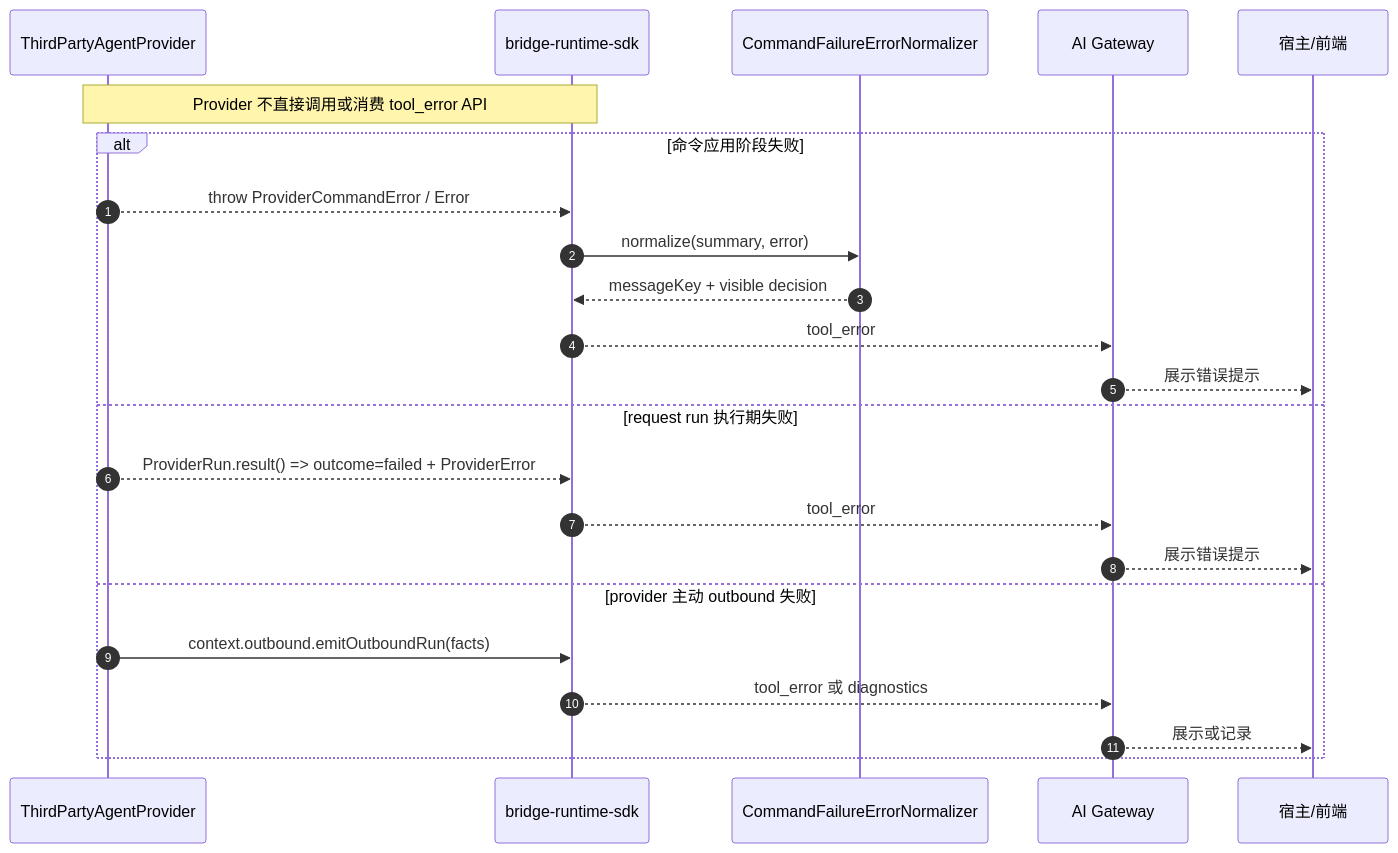
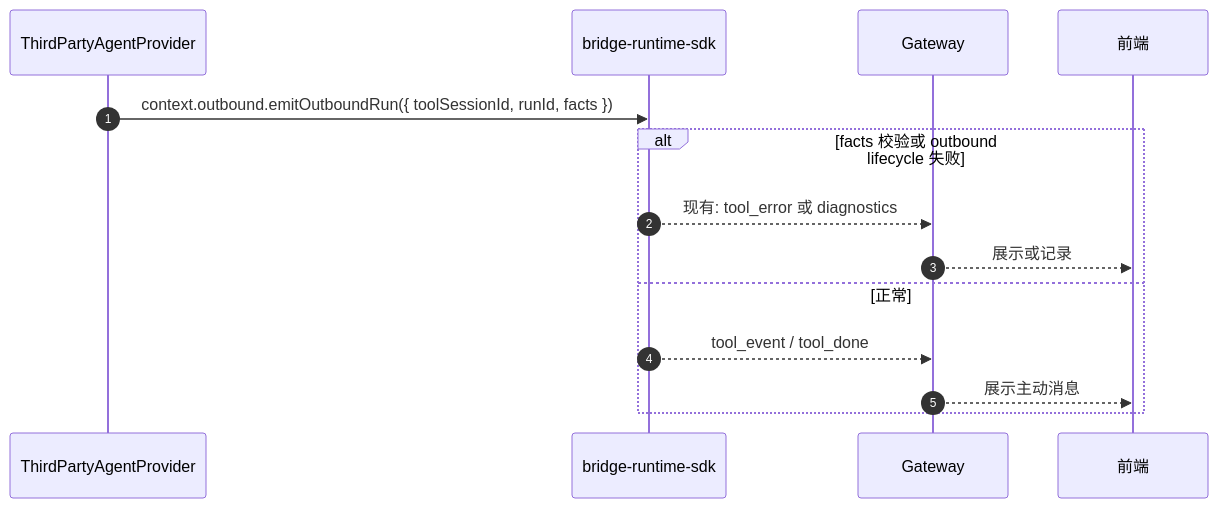
The fifth of 5 diagrams in docs/design/bridge-runtime-sdk-tool-error-exception-solution.md (yuzhangCZ/agent-plugin), drawn with Mermaid before and after one commit. The commit also changed other lines of this file, not shown here.

Commit message:
docs: refine provider api error handling plan

````diff
--- a/docs/design/bridge-runtime-sdk-tool-error-exception-solution.md
+++ b/docs/design/bridge-runtime-sdk-tool-error-exception-solution.md
@@ -135,26 +195,17 @@
 ```mermaid
 sequenceDiagram
     autonumber
-    participant Provider as ThirdPartyAgentProvider
+    participant P as ThirdPartyAgentProvider
     participant SDK as bridge-runtime-sdk
-    participant Normalizer as CommandFailureErrorNormalizer
-    participant Gateway as AI Gateway
-    participant Host as 宿主/前端
+    participant GW as Gateway
+    participant FE as 前端
 
-    Note over Provider,SDK: Provider 不直接调用或消费 tool_error API
-    alt 命令应用阶段失败
-        Provider-->>SDK: throw ProviderCommandError / Error
-        SDK->>Normalizer: normalize(summary, error)
-        Normalizer-->>SDK: messageKey + visible decision
-        SDK-->>Gateway: tool_error
-        Gateway-->>Host: 展示错误提示
-    else request run 执行期失败
-        Provider-->>SDK: ProviderRun.result() => outcome=failed + ProviderError
-        SDK-->>Gateway: tool_error
-        Gateway-->>Host: 展示错误提示
-    else provider 主动 outbound 失败
-        Provider->>SDK: context.outbound.emitOutboundRun(facts)
-        SDK-->>Gateway: tool_error 或 diagnostics
-        Gateway-->>Host: 展示或记录
+    P->>SDK: context.outbound.emitOutboundRun({ toolSessionId, runId, facts })
+    alt facts 校验或 outbound lifecycle 失败
+        SDK-->>GW: 现有: tool_error 或 diagnostics
+        GW-->>FE: 展示或记录
+    else 正常
+        SDK-->>GW: tool_event / tool_done
+        GW-->>FE: 展示主动消息
     end
 ```
````
